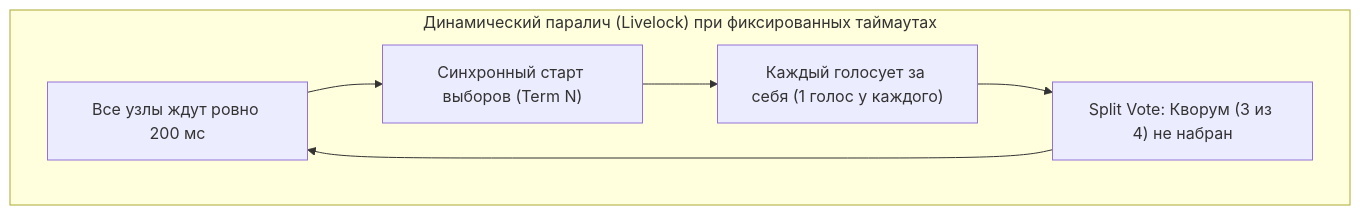
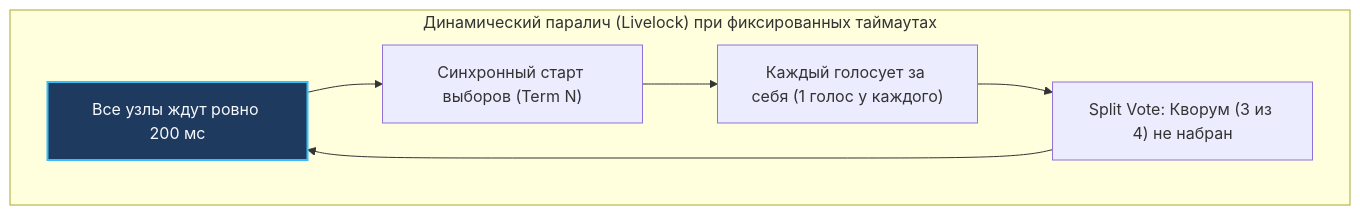
One commit to UnrealTemplier/go-textbook changed the second of 3 diagrams in sources/14. Распределенные системы на Go/02. Консенсус/3. Raft. Leader election.md. Above: the diagram before and after it, drawn with Mermaid. The commit also changed other lines of this file and 1666 other files, not shown here.

First line of the commit message:
feat(mermaid): add semantic color classDef to 1369 colorless flowchart/graph diagrams

````diff
--- a/sources/14. Распределенные системы на Go/02. Консенсус/3. Raft. Leader election.md
+++ b/sources/14. Распределенные системы на Go/02. Консенсус/3. Raft. Leader election.md
@@ -151,9 +151,19 @@
 ```mermaid
 flowchart TD
+    classDef process  fill:#1e293b,stroke:#38bdf8,stroke-width:1px,color:#f8fafc
+    classDef success  fill:#064e3b,stroke:#34d399,stroke-width:1px,color:#f8fafc
+    classDef error    fill:#7f1d1d,stroke:#f87171,stroke-width:1px,color:#f8fafc
+    classDef warning  fill:#78350f,stroke:#fbbf24,stroke-width:1px,color:#f8fafc
+    classDef entry    fill:#1e3a5f,stroke:#38bdf8,stroke-width:2px,color:#f8fafc
+    classDef aux      fill:#334155,stroke:#64748b,stroke-width:1px,color:#f8fafc
+    classDef system   fill:#312e81,stroke:#a78bfa,stroke-width:1px,color:#f8fafc
+    classDef data     fill:#132d29,stroke:#2dd4bf,stroke-width:1px,color:#f8fafc
+    classDef network  fill:#881337,stroke:#fb7185,stroke-width:1px,color:#f8fafc
+    classDef accent   fill:#1e1b4b,stroke:#818cf8,stroke-width:1px,color:#f8fafc
     subgraph Livelock["Динамический паралич (Livelock) при фиксированных таймаутах"]
-        T1["Все узлы ждут ровно 200 мс"] --> C1["Синхронный старт выборов (Term N)"]
+        T1["Все узлы ждут ровно 200 мс"]:::entry --> C1["Синхронный старт выборов (Term N)"]
         C1 --> V1["Каждый голосует за себя (1 голос у каждого)"]
         V1 --> S1["Split Vote: Кворум (3 из 4) не набран"]
         S1 --> T1
     end
 ```
````
